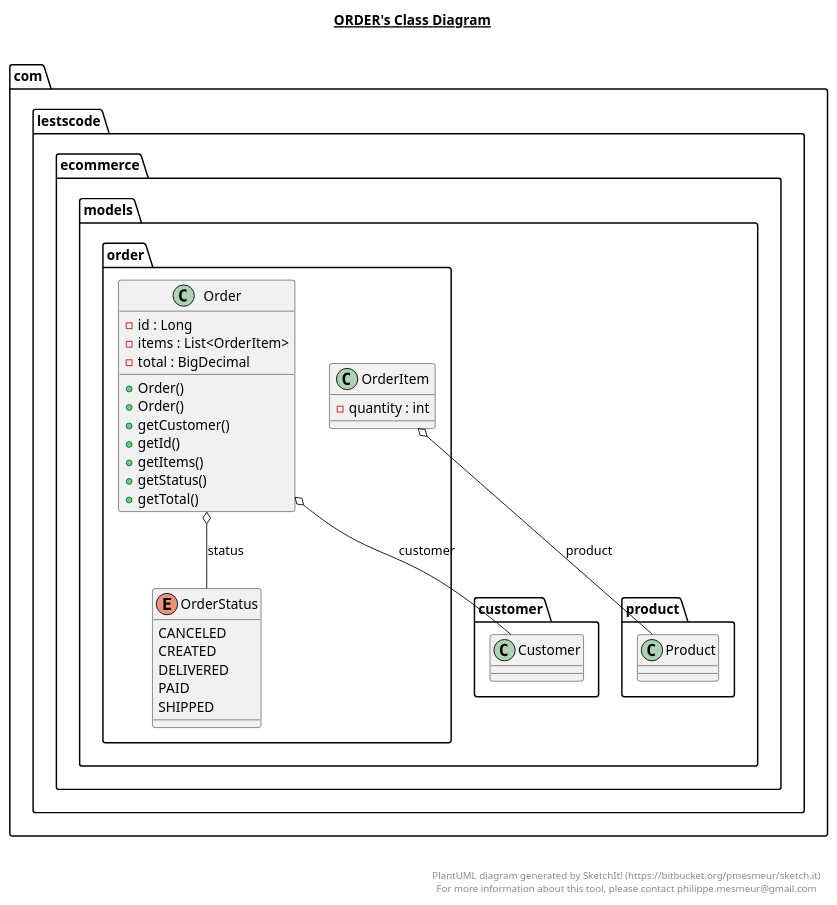
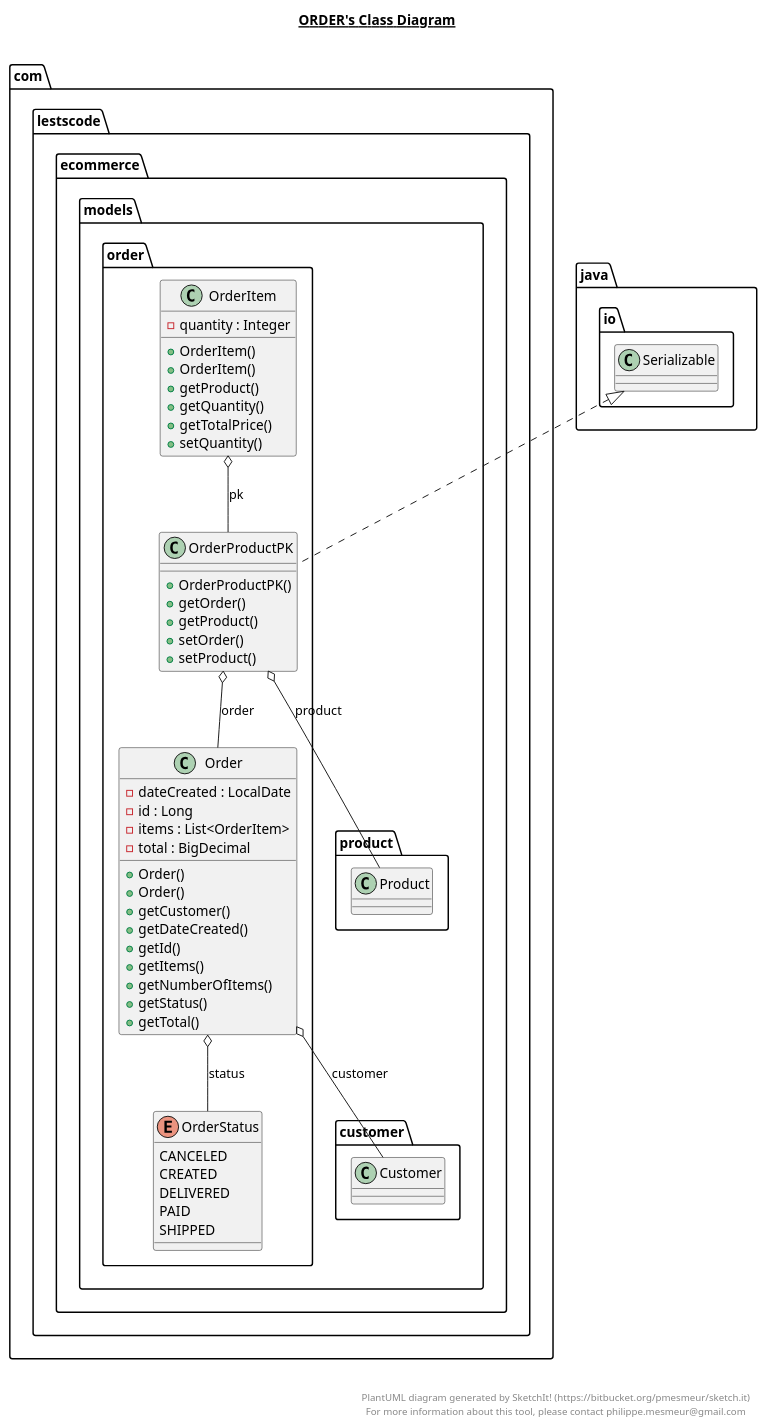
The diagram in src/main/java/com/lestscode/ecommerce/models/order/order.plantuml (heyder48/ecommerce), drawn with PlantUML before and after one commit. The commit also changed 18 other files, not shown here.

```diff
--- a/src/main/java/com/lestscode/ecommerce/models/order/order.plantuml
+++ b/src/main/java/com/lestscode/ecommerce/models/order/order.plantuml
@@ -1,63 +1,90 @@
 @startuml
 
 title __ORDER's Class Diagram__\n
 
   namespace com.lestscode.ecommerce {
     namespace models {
       namespace order {
         class com.lestscode.ecommerce.models.order.Order {
+            - dateCreated : LocalDate
             - id : Long
             - items : List<OrderItem>
             - total : BigDecimal
             + Order()
             + Order()
             + getCustomer()
+            + getDateCreated()
             + getId()
             + getItems()
+            + getNumberOfItems()
             + getStatus()
             + getTotal()
         }
       }
     }
   }
   
 
   namespace com.lestscode.ecommerce {
     namespace models {
       namespace order {
         class com.lestscode.ecommerce.models.order.OrderItem {
-            - quantity : int
+            - quantity : Integer
+            + OrderItem()
+            + OrderItem()
+            + getProduct()
+            + getQuantity()
+            + getTotalPrice()
+            + setQuantity()
+        }
+      }
+    }
+  }
+  
+
+  namespace com.lestscode.ecommerce {
+    namespace models {
+      namespace order {
+        class com.lestscode.ecommerce.models.order.OrderProductPK {
+            + OrderProductPK()
+            + getOrder()
+            + getProduct()
+            + setOrder()
+            + setProduct()
         }
       }
     }
   }
   
 
   namespace com.lestscode.ecommerce {
     namespace models {
       namespace order {
         enum OrderStatus {
           CANCELED
           CREATED
           DELIVERED
           PAID
           SHIPPED
         }
       }
     }
   }
   
 
   com.lestscode.ecommerce.models.order.Order o-- com.lestscode.ecommerce.models.customer.Customer : customer
   com.lestscode.ecommerce.models.order.Order o-- com.lestscode.ecommerce.models.order.OrderStatus : status
-  com.lestscode.ecommerce.models.order.OrderItem o-- com.lestscode.ecommerce.models.product.Product : product
+  com.lestscode.ecommerce.models.order.OrderItem o-- com.lestscode.ecommerce.models.order.OrderProductPK : pk
+  com.lestscode.ecommerce.models.order.OrderProductPK .up.|> java.io.Serializable
+  com.lestscode.ecommerce.models.order.OrderProductPK o-- com.lestscode.ecommerce.models.order.Order : order
+  com.lestscode.ecommerce.models.order.OrderProductPK o-- com.lestscode.ecommerce.models.product.Product : product
 
 
 right footer
 
 
 PlantUML diagram generated by SketchIt! (https://bitbucket.org/pmesmeur/sketch.it)
 For more information about this tool, please contact philippe.mesmeur@gmail.com
 endfooter
 
 @enduml
```
